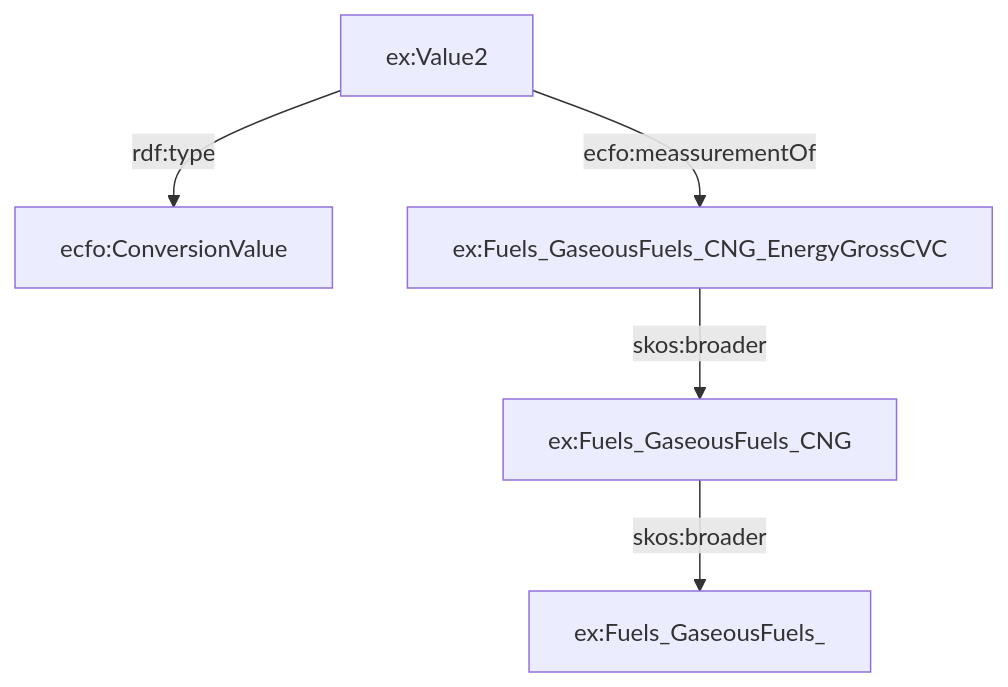
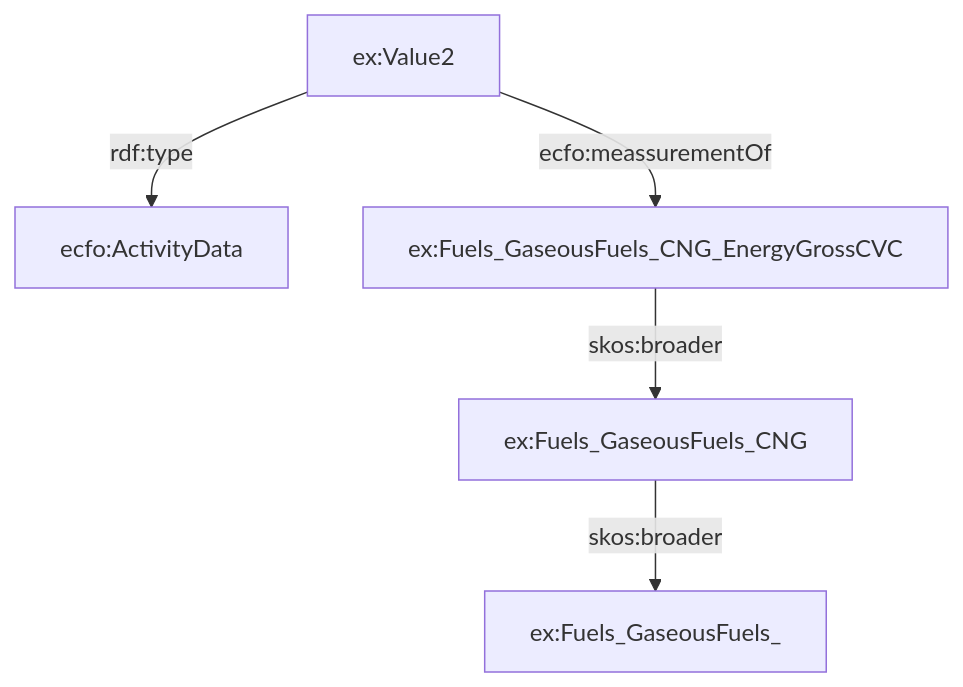
One commit to TEC-Toolkit/ECFO changed the tenth of 13 diagrams in development/doc.md. Above: the diagram before and after it, drawn with Mermaid. The commit also changed other lines of this file, not shown here.

````diff
--- a/development/doc.md
+++ b/development/doc.md
@@ -149,13 +149,13 @@
 ```mermaid
 graph TD
-CE[ecfo:ConversionValue]
+CE[ecfo:ActivityData]
 EX1[ex:Value2]
 EX2[ex:Fuels_GaseousFuels_CNG_EnergyGrossCVC]
 EX3[ex:Fuels_GaseousFuels_CNG]
 EX4[ex:Fuels_GaseousFuels_]
 
 EX1 -->|rdf:type| CE
 EX1 -->|ecfo:meassurementOf| EX2
 EX2 -->|skos:broader| EX3
 EX3 -->|skos:broader| EX4
 ```
````
